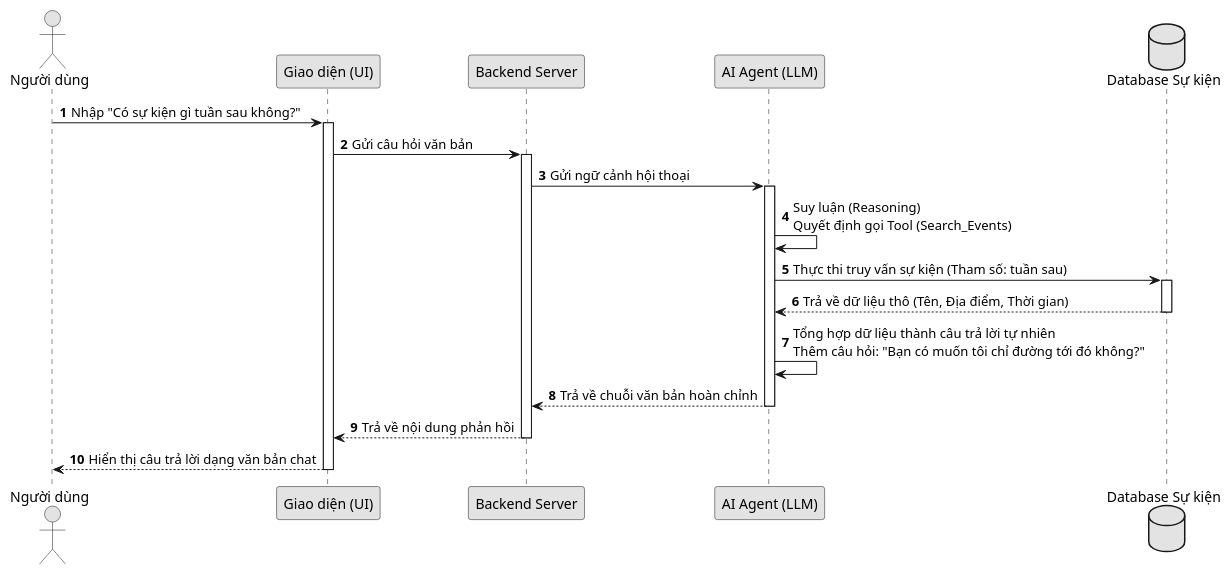
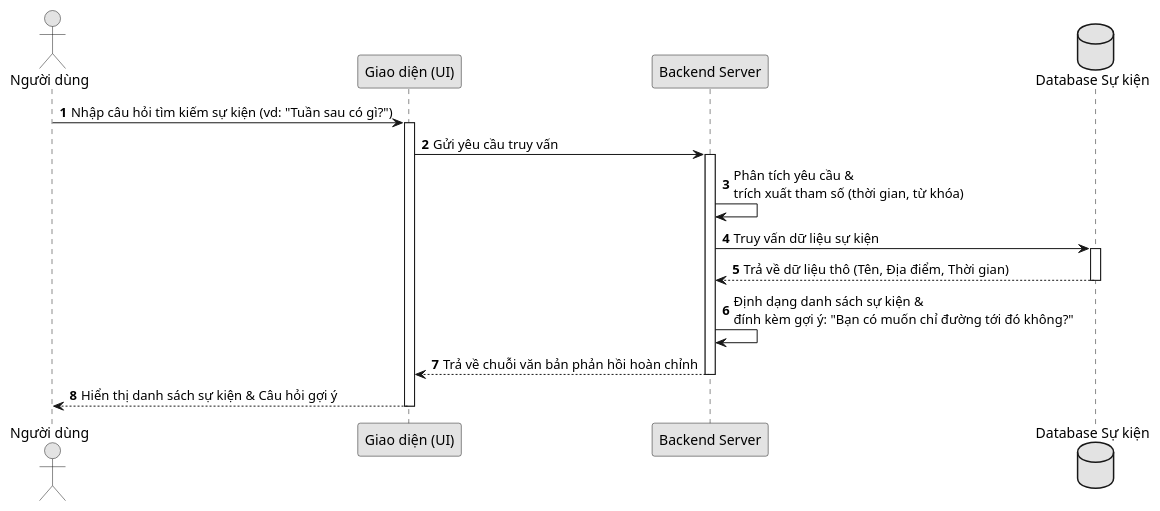
The diagram in docs/sequence/event.puml (kienntheprfs/DATN), drawn with PlantUML before and after one commit. The commit also changed 67 other files, not shown here.

```diff
--- a/docs/sequence/event.puml
+++ b/docs/sequence/event.puml
@@ -1,38 +1,31 @@
 @startuml
 skinparam monochrome true
 skinparam shadowing false
 autonumber
 
 actor "Người dùng" as User
 participant "Giao diện (UI)" as UI
 participant "Backend Server" as Backend
-participant "AI Agent (LLM)" as Agent
 database "Database Sự kiện" as EventDB
 
-User -> UI : Nhập "Có sự kiện gì tuần sau không?"
+User -> UI : Nhập câu hỏi tìm kiếm sự kiện (vd: "Tuần sau có gì?")
 activate UI
 
-UI -> Backend : Gửi câu hỏi văn bản
+UI -> Backend : Gửi yêu cầu truy vấn
 activate Backend
 
-Backend -> Agent : Gửi ngữ cảnh hội thoại
-activate Agent
+Backend -> Backend : Phân tích yêu cầu &\ntrích xuất tham số (thời gian, từ khóa)
 
-Agent -> Agent : Suy luận (Reasoning) \nQuyết định gọi Tool (Search_Events)
-    
-Agent -> EventDB : Thực thi truy vấn sự kiện (Tham số: tuần sau)
+Backend -> EventDB : Truy vấn dữ liệu sự kiện
 activate EventDB
-EventDB --> Agent : Trả về dữ liệu thô (Tên, Địa điểm, Thời gian)
+EventDB --> Backend : Trả về dữ liệu thô (Tên, Địa điểm, Thời gian)
 deactivate EventDB
 
-Agent -> Agent : Tổng hợp dữ liệu thành câu trả lời tự nhiên \nThêm câu hỏi: "Bạn có muốn tôi chỉ đường tới đó không?"
-    
-Agent --> Backend : Trả về chuỗi văn bản hoàn chỉnh
-deactivate Agent
+Backend -> Backend : Định dạng danh sách sự kiện &\nđính kèm gợi ý: "Bạn có muốn chỉ đường tới đó không?"
 
-Backend --> UI : Trả về nội dung phản hồi
+Backend --> UI : Trả về chuỗi văn bản phản hồi hoàn chỉnh
 deactivate Backend
 
-UI --> User : Hiển thị câu trả lời dạng văn bản chat
+UI --> User : Hiển thị danh sách sự kiện & Câu hỏi gợi ý
 deactivate UI
 @enduml
```
